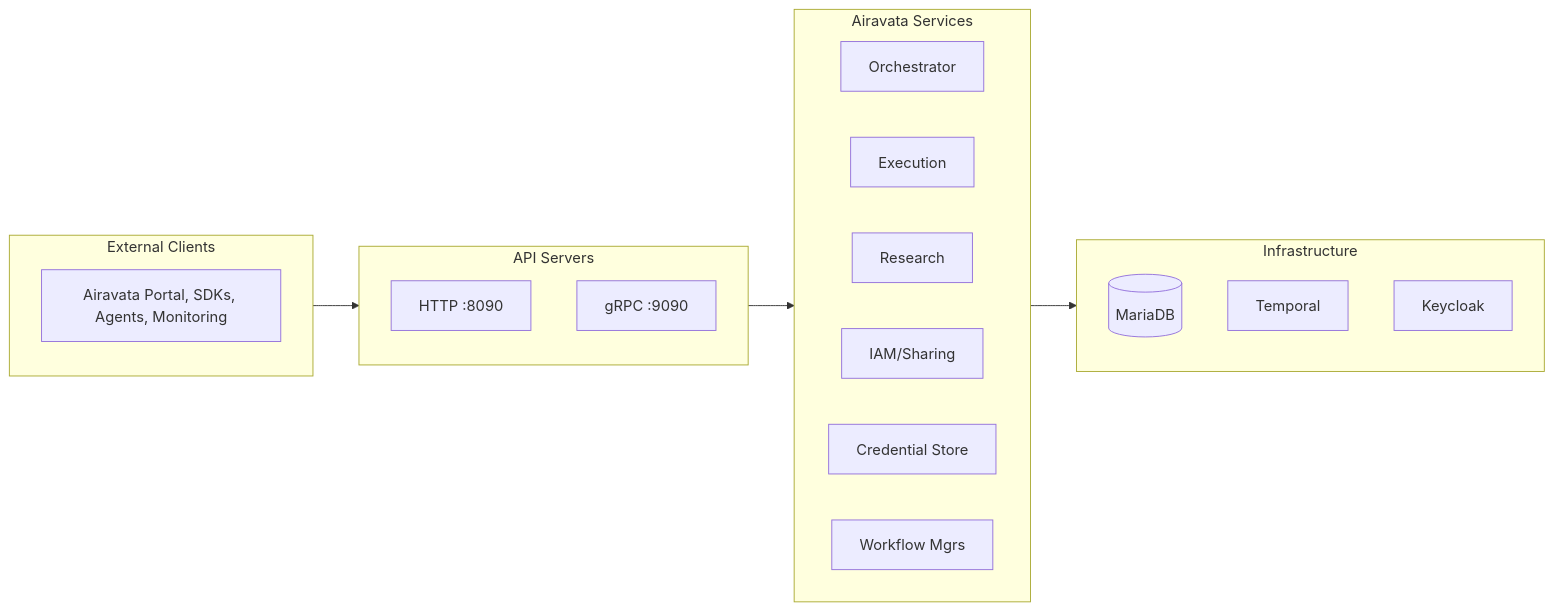
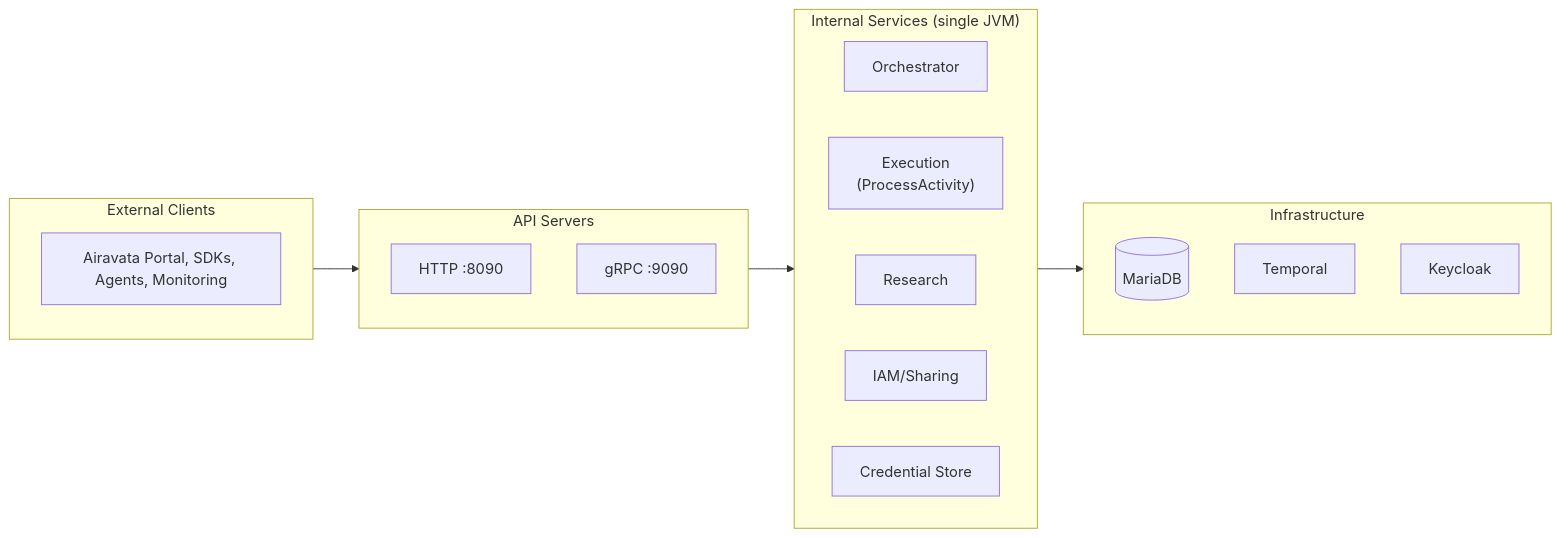
One commit to apache/airavata changed the second of 3 diagrams in README.md. Above: the diagram before and after it, drawn with Mermaid. The commit also changed other lines of this file and 434 other files, not shown here.

````diff
--- a/README.md
+++ b/README.md
@@ -192,34 +188,33 @@
 ```mermaid
 flowchart LR
     subgraph Clients["External Clients"]
         direction TB
         C["Airavata Portal, SDKs, Agents, Monitoring"]
     end
 
     subgraph Servers["API Servers"]
         direction TB
         HTTP["HTTP :8090"]
         gRPC["gRPC :9090"]
     end
 
-    subgraph App["Airavata Services"]
+    subgraph App["Internal Services (single JVM)"]
         direction LR
         O["Orchestrator"]
-        Ex["Execution"]
+        Ex["Execution<br/>(ProcessActivity)"]
         Res["Research"]
         S["IAM/Sharing"]
         Cr["Credential Store"]
-        W["Workflow Mgrs"]
     end
 
     subgraph Infra["Infrastructure"]
         direction TB
         MariaDB[(MariaDB)]
         Temporal[Temporal]
         Keycloak[Keycloak]
     end
 
     Clients --> Servers
     Servers --> App
     App --> Infra
 ```
````
